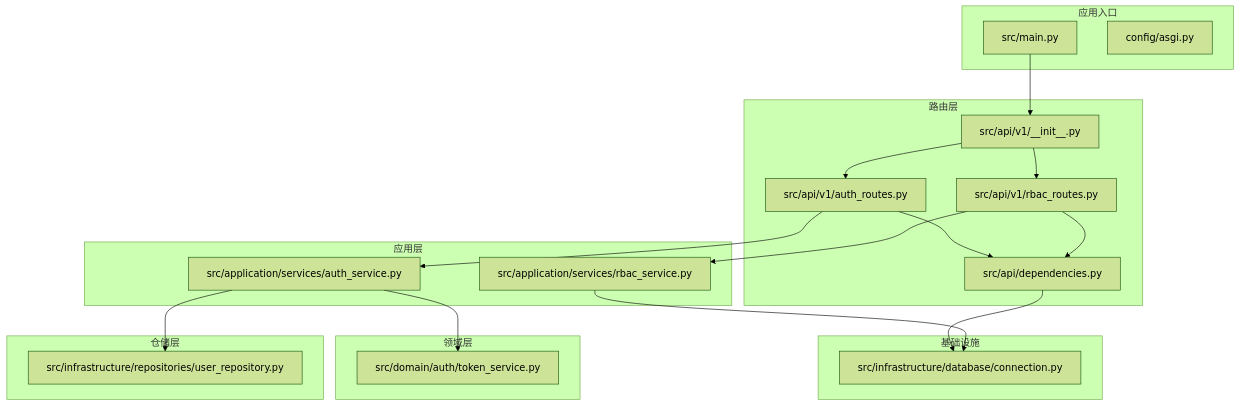
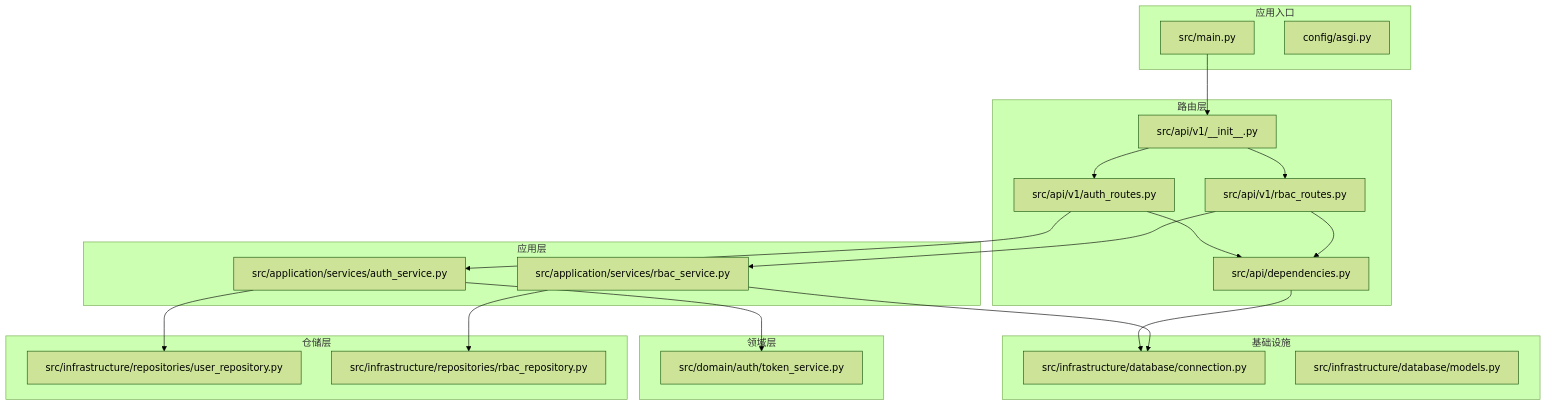
Before and after one commit to taoweidong/Hello-FastApi: the first of 4 diagrams in .qoder/repowiki/zh/content/架构设计/依赖注入与配置.md, drawn with Mermaid (forest theme). The commit also changed other lines of this file and 11 other files, not shown here.

````diff
--- a/.qoder/repowiki/zh/content/架构设计/依赖注入与配置.md
+++ b/.qoder/repowiki/zh/content/架构设计/依赖注入与配置.md
@@ -46,37 +56,40 @@
 ```mermaid
 graph TB
 subgraph "应用入口"
 MAIN["src/main.py"]
 ASGI["config/asgi.py"]
 end
 subgraph "路由层"
 V1["src/api/v1/__init__.py"]
 AUTH["src/api/v1/auth_routes.py"]
 RBAC["src/api/v1/rbac_routes.py"]
 DEPS["src/api/dependencies.py"]
 end
 subgraph "基础设施"
 DB["src/infrastructure/database/connection.py"]
+MODELS["src/infrastructure/database/models.py"]
 end
 subgraph "应用层"
 AUTH_SVC["src/application/services/auth_service.py"]
 RBAC_SVC["src/application/services/rbac_service.py"]
 end
 subgraph "领域层"
 TOKEN["src/domain/auth/token_service.py"]
 end
 subgraph "仓储层"
 USER_REPO["src/infrastructure/repositories/user_repository.py"]
+RBAC_REPO["src/infrastructure/repositories/rbac_repository.py"]
 end
 MAIN --> V1
 V1 --> AUTH
 V1 --> RBAC
 AUTH --> DEPS
 RBAC --> DEPS
 DEPS --> DB
 AUTH --> AUTH_SVC
 RBAC --> RBAC_SVC
 AUTH_SVC --> USER_REPO
 AUTH_SVC --> TOKEN
+RBAC_SVC --> RBAC_REPO
 RBAC_SVC --> DB
 ```
````
